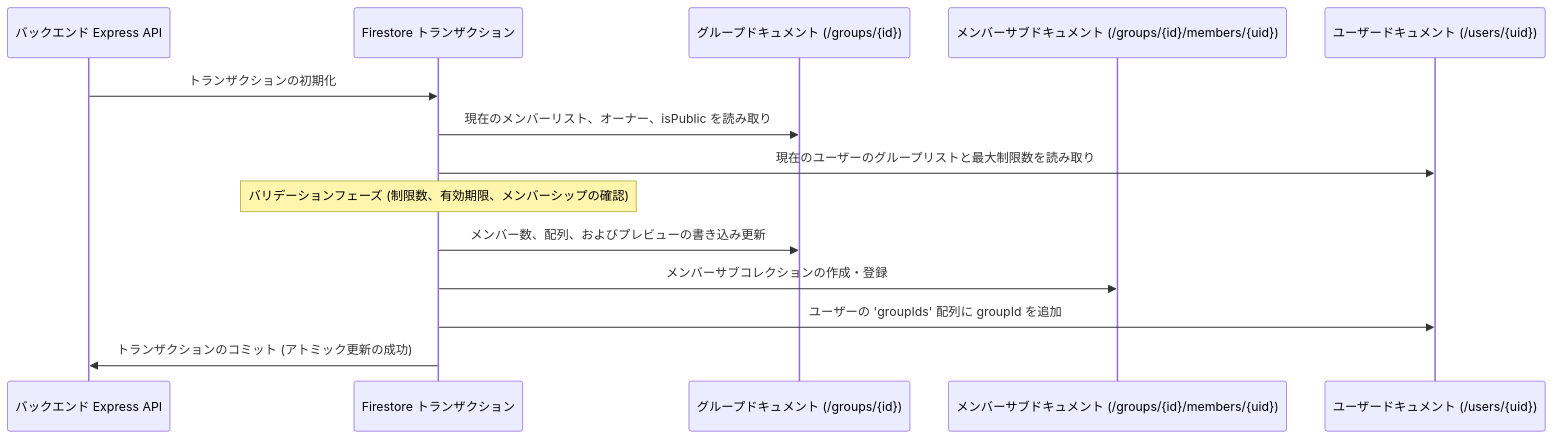
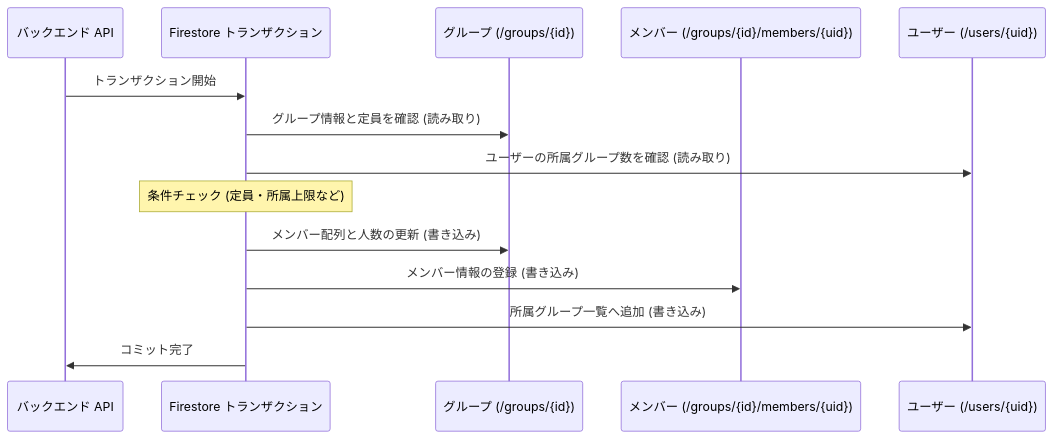
The diagram in docs/ja/firestore-transactions-counters.md (ScriptureHabit/scripture-habit), drawn with Mermaid before and after one commit. The commit also changed other lines of this file and 19 other files, not shown here.

````diff
--- a/docs/ja/firestore-transactions-counters.md
+++ b/docs/ja/firestore-transactions-counters.md
@@ -82,17 +39,17 @@
 ```mermaid
 sequenceDiagram
-    participant API as バックエンド Express API
+    participant API as バックエンド API
     participant Tx as Firestore トランザクション
-    participant G as グループドキュメント (/groups/{id})
-    participant M as メンバーサブドキュメント (/groups/{id}/members/{uid})
-    participant U as ユーザードキュメント (/users/{uid})
+    participant G as グループ (/groups/{id})
+    participant M as メンバー (/groups/{id}/members/{uid})
+    participant U as ユーザー (/users/{uid})
 
-    API->>Tx: トランザクションの初期化
-    Tx->>G: 現在のメンバーリスト、オーナー、isPublic を読み取り
-    Tx->>U: 現在のユーザーのグループリストと最大制限数を読み取り
-    Note over Tx: バリデーションフェーズ (制限数、有効期限、メンバーシップの確認)
-    Tx->>G: メンバー数、配列、およびプレビューの書き込み更新
-    Tx->>M: メンバーサブコレクションの作成・登録
-    Tx->>U: ユーザーの 'groupIds' 配列に groupId を追加
-    Tx->>API: トランザクションのコミット (アトミック更新の成功)
+    API->>Tx: トランザクション開始
+    Tx->>G: グループ情報と定員を確認 (読み取り)
+    Tx->>U: ユーザーの所属グループ数を確認 (読み取り)
+    Note over Tx: 条件チェック (定員・所属上限など)
+    Tx->>G: メンバー配列と人数の更新 (書き込み)
+    Tx->>M: メンバー情報の登録 (書き込み)
+    Tx->>U: 所属グループ一覧へ追加 (書き込み)
+    Tx->>API: コミット完了
 ```
````
